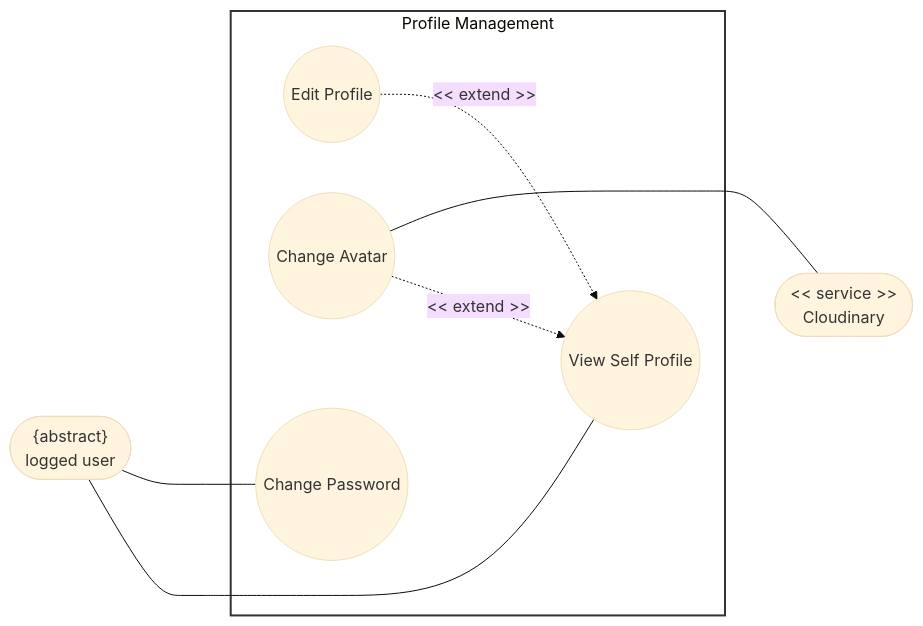
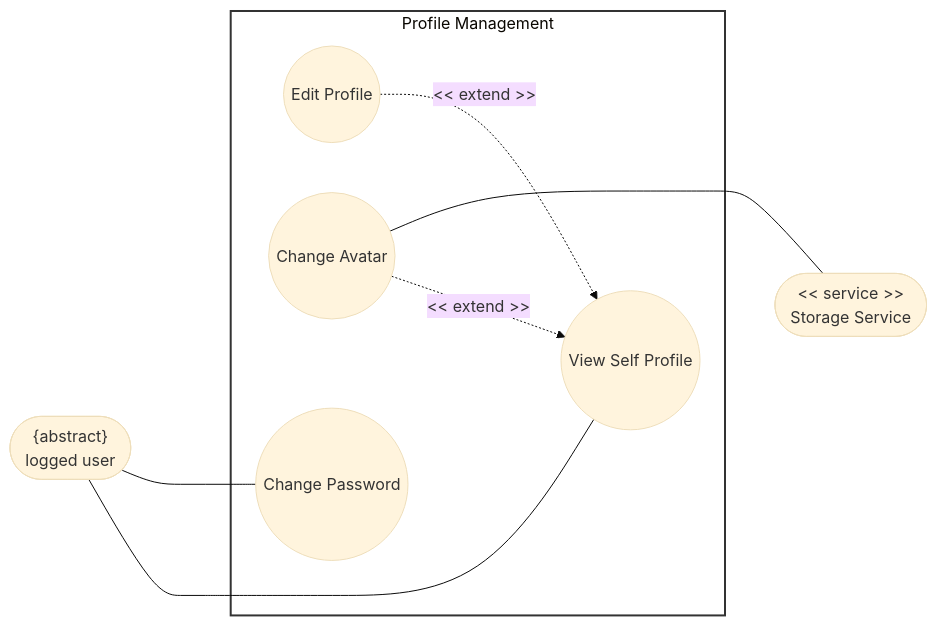
The second of 2 diagrams in docs/use case specification/Profile_management.md (DuyNhat1705/AmeThyst-Library), drawn with Mermaid (base theme) before and after one commit. The commit also changed other lines of this file and 4 other files, not shown here.

````diff
--- a/docs/use case specification/Profile_management.md
+++ b/docs/use case specification/Profile_management.md
@@ -216,28 +66,29 @@
 ```mermaid
 flowchart LR
     %% Actors
     ActorLeft(["<center>{abstract} <br> logged user</center>"])
-    ActorRight(["<center>&lt&lt; service &gt&gt; <br> Cloudinary</center>"]) 
+    ActorRight(["<center>&lt&lt; service &gt&gt; <br> Storage Service</center>"]) 
 
     %% System Boundary
     subgraph ProfileManagement [Profile Management]
         UC1((View Self Profile))
         UC2((Edit Profile))
         UC3((Change Avatar))
         UC4((Change Password))
     end
     
 	ActorLeft ~~~~~ ProfileManagement ~~~ ActorRight
 
     %% Relationships
     ActorLeft --- UC1
     ActorLeft --- UC4
     
     UC2 -. "<< extend >>" .-> UC1
     UC3 -. "<< extend >>" .-> UC1
     
     UC3  --- ActorRight 
    
     %% Styling to make it clean
     style ProfileManagement fill:#fff,stroke:#333,stroke-width:2px
+
 ```
````
